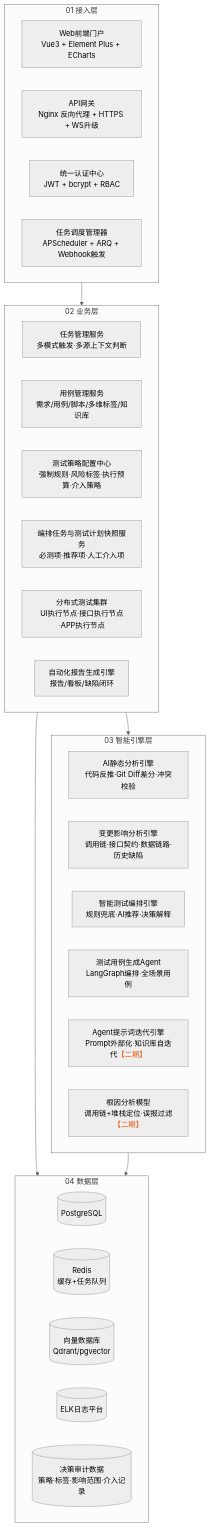
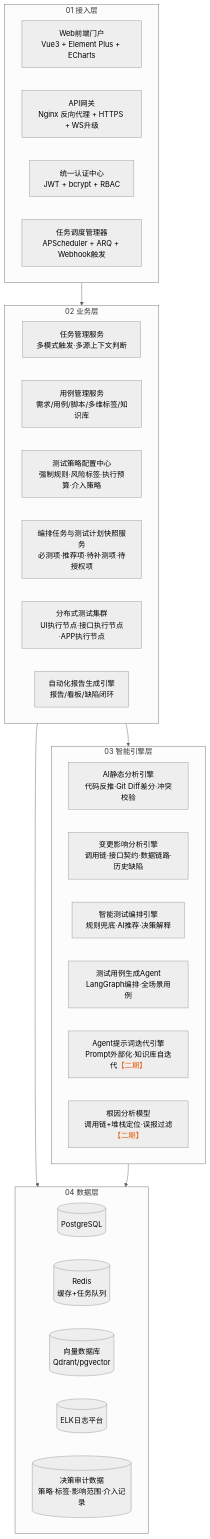
Before and after one commit to xiangsong97/xueran: the second of 9 diagrams in AI驱动自动化测试平台自研落地实施方案.md, drawn with Mermaid (neutral theme). The commit also changed other lines of this file, not shown here.

````diff
--- a/AI驱动自动化测试平台自研落地实施方案.md
+++ b/AI驱动自动化测试平台自研落地实施方案.md
@@ -194,40 +194,40 @@
 ```mermaid
 flowchart TB
     subgraph L1["01 接入层"]
         WEB["Web前端门户<br/>Vue3 + Element Plus + ECharts"]
         GW["API网关<br/>Nginx 反向代理 + HTTPS + WS升级"]
         AUTH["统一认证中心<br/>JWT + bcrypt + RBAC"]
         SCHED["任务调度管理器<br/>APScheduler + ARQ + Webhook触发"]
     end
 
     subgraph L2["02 业务层"]
         TM["任务管理服务<br/>多模式触发·多源上下文判断"]
         CM["用例管理服务<br/>需求/用例/脚本/多维标签/知识库"]
         STRATEGY["测试策略配置中心<br/>强制规则·风险标签·执行预算·介入策略"]
-        PLAN["编排任务与测试计划快照服务<br/>必测项·推荐项·人工介入项"]
+        PLAN["编排任务与测试计划快照服务<br/>必测项·推荐项·待补测项·待授权项"]
         EXEC["分布式测试集群<br/>UI执行节点·接口执行节点·APP执行节点"]
         REP["自动化报告生成引擎<br/>报告/看板/缺陷闭环"]
     end
 
     subgraph L3["03 智能引擎层"]
         STATIC["AI静态分析引擎<br/>代码反推·Git Diff差分·冲突校验"]
         IMPACT["变更影响分析引擎<br/>调用链·接口契约·数据链路·历史缺陷"]
         ORCH["智能测试编排引擎<br/>规则兜底·AI推荐·决策解释"]
         GEN["测试用例生成Agent<br/>LangGraph编排·全场景用例"]
         PROMPT["Agent提示词迭代引擎<br/>Prompt外部化·知识库自迭代<span style="color:#e8590c">【二期】</span> "]
         ROOT["根因分析模型<br/>调用链+堆栈定位·误报过滤<span style="color:#e8590c">【二期】</span>"]
     end
 
     subgraph L4["04 数据层"]
         DB[("PostgreSQL<br/>")]
         REDIS[("Redis<br/>缓存+任务队列")]
         VEC[("向量数据库<br/>Qdrant/pgvector")]
         ELK[("ELK日志平台")]
         AUDIT[("决策审计数据<br/>策略·标签·影响范围·介入记录")]
     end
 
     L1 --> L2
     L2 --> L3
     L2 --> L4
     L3 --> L4
 ```
````
